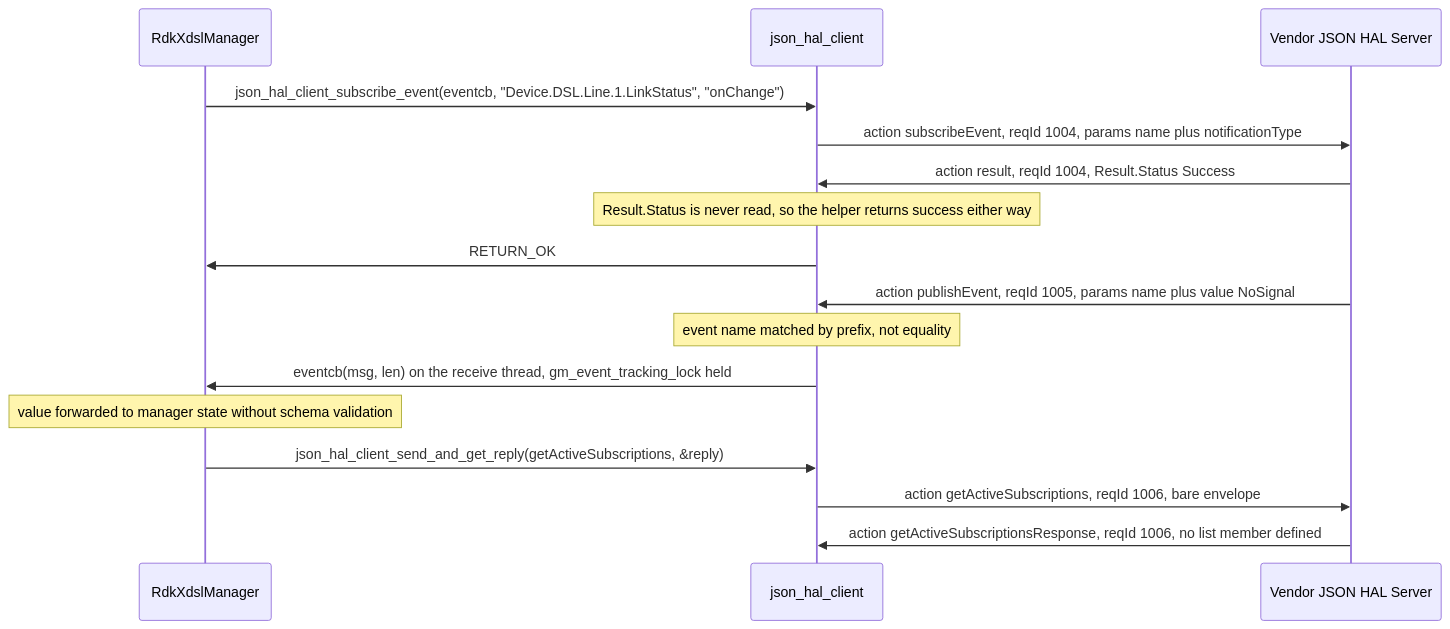
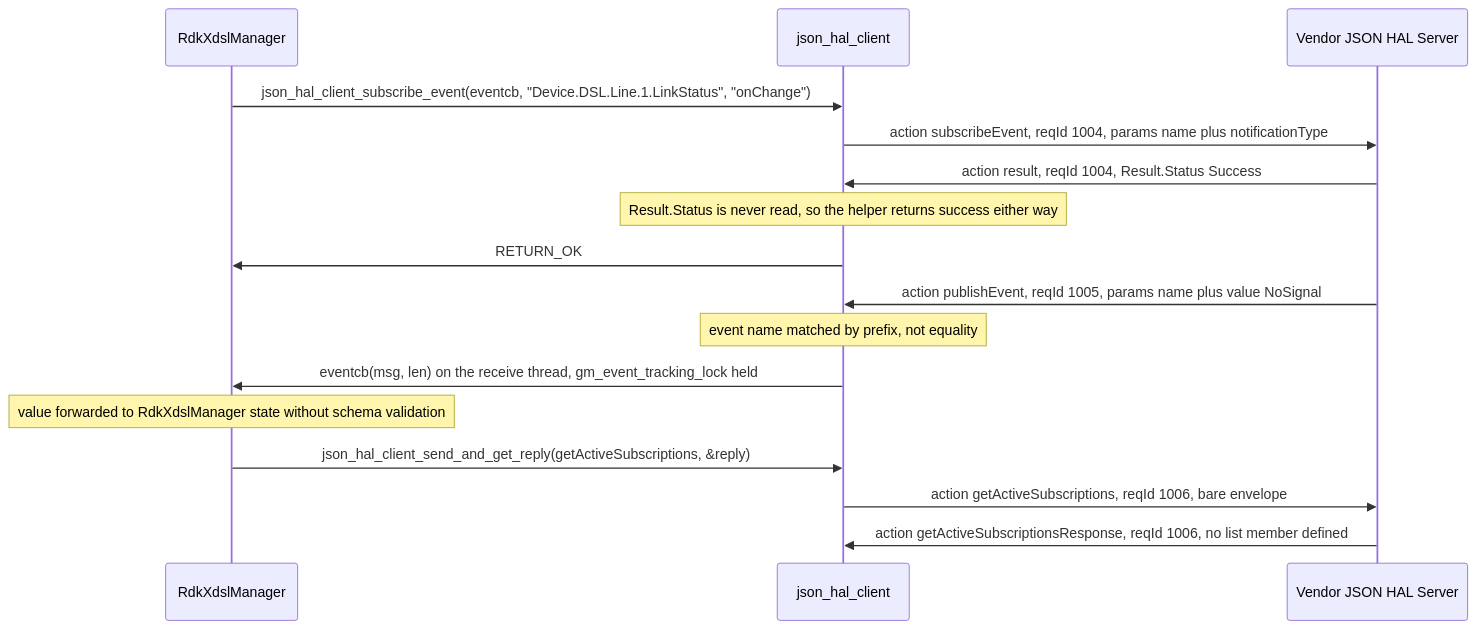
Before and after one commit to Blitzy-Sky/xdsl-manager: the second of 2 diagrams in docs/pages/halSpecDetailed.md, drawn with Mermaid. The commit also changed other lines of this file and 2 other files, not shown here.

````diff
--- a/docs/pages/halSpecDetailed.md
+++ b/docs/pages/halSpecDetailed.md
@@ -2378,18 +1768,18 @@
 ```mermaid
 sequenceDiagram
     participant Mgr as RdkXdslManager
     participant Cli as json_hal_client
     participant Srv as Vendor JSON HAL Server
     Mgr->>Cli: json_hal_client_subscribe_event(eventcb, "Device.DSL.Line.1.LinkStatus", "onChange")
     Cli->>Srv: action subscribeEvent, reqId 1004, params name plus notificationType
     Srv->>Cli: action result, reqId 1004, Result.Status Success
     Note over Cli: Result.Status is never read, so the helper returns success either way
     Cli->>Mgr: RETURN_OK
     Srv->>Cli: action publishEvent, reqId 1005, params name plus value NoSignal
     Note over Cli: event name matched by prefix, not equality
     Cli->>Mgr: eventcb(msg, len) on the receive thread, gm_event_tracking_lock held
-    Note over Mgr: value forwarded to manager state without schema validation
+    Note over Mgr: value forwarded to RdkXdslManager state without schema validation
     Mgr->>Cli: json_hal_client_send_and_get_reply(getActiveSubscriptions, &reply)
     Cli->>Srv: action getActiveSubscriptions, reqId 1006, bare envelope
     Srv->>Cli: action getActiveSubscriptionsResponse, reqId 1006, no list member defined
 ```
````
